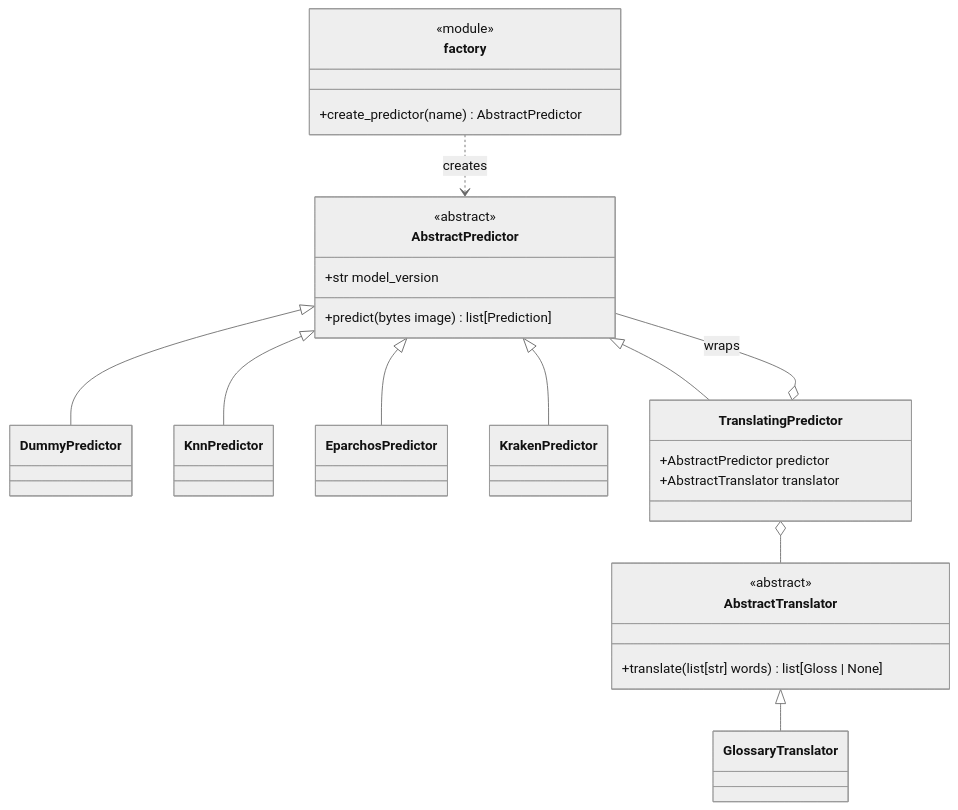
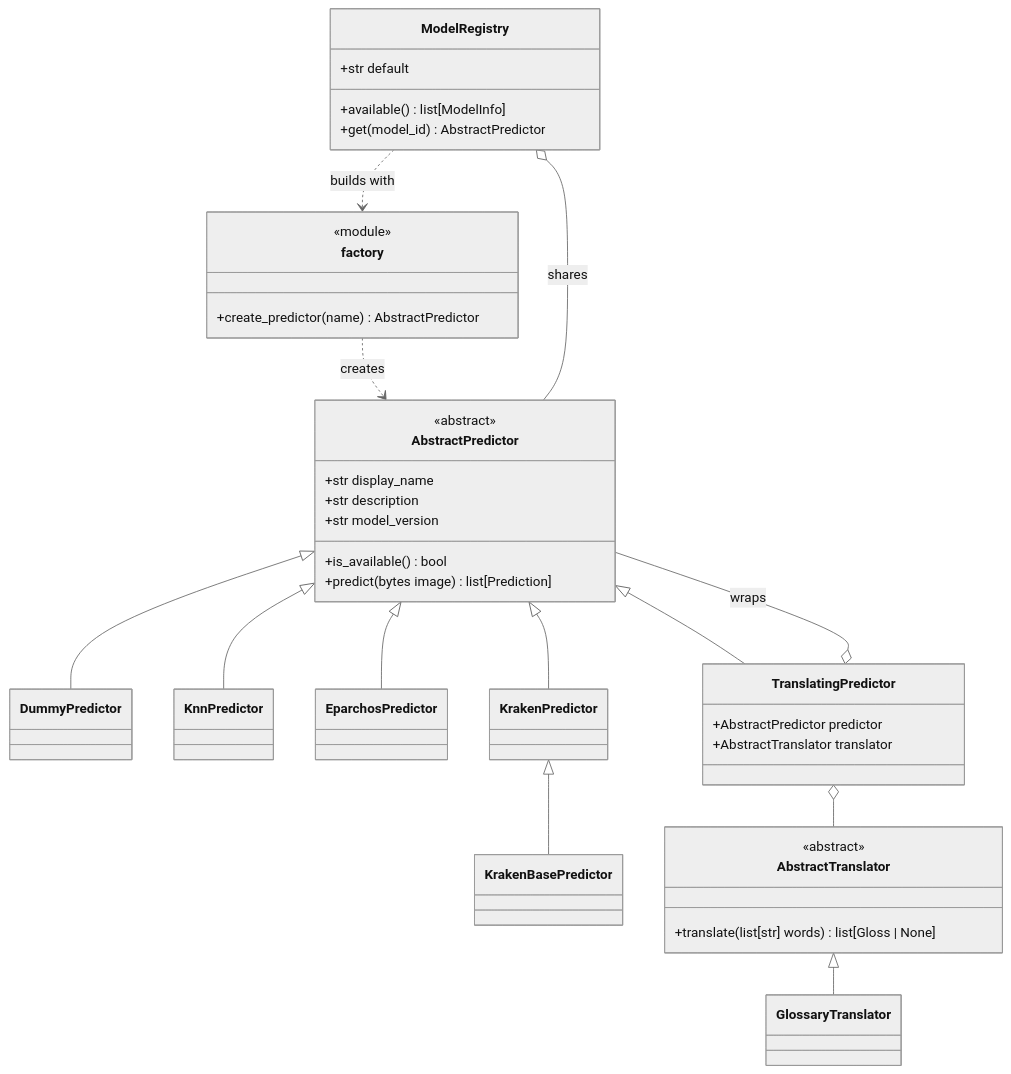
Before and after one commit to muhammadov-q/lexis: the diagram in docs/architecture/design-patterns.md, drawn with Mermaid (neutral theme). The commit also changed other lines of this file and 26 other files, not shown here.

````diff
--- a/docs/architecture/design-patterns.md
+++ b/docs/architecture/design-patterns.md
@@ -22,34 +23,46 @@
 ```mermaid
 classDiagram
     class AbstractPredictor {
         <<abstract>>
+        +str display_name
+        +str description
         +str model_version
+        +is_available() bool
         +predict(bytes image) list[Prediction]
     }
     class DummyPredictor
     class KnnPredictor
     class EparchosPredictor
     class KrakenPredictor
+    class KrakenBasePredictor
     class TranslatingPredictor {
         +AbstractPredictor predictor
         +AbstractTranslator translator
     }
     class AbstractTranslator {
         <<abstract>>
         +translate(list[str] words) list[Gloss | None]
     }
     class GlossaryTranslator
     class factory {
         <<module>>
         +create_predictor(name) AbstractPredictor
     }
     AbstractPredictor <|-- DummyPredictor
     AbstractPredictor <|-- KnnPredictor
     AbstractPredictor <|-- EparchosPredictor
     AbstractPredictor <|-- KrakenPredictor
+    KrakenPredictor <|-- KrakenBasePredictor
     AbstractPredictor <|-- TranslatingPredictor
     TranslatingPredictor o-- AbstractPredictor : wraps
     TranslatingPredictor o-- AbstractTranslator
     AbstractTranslator <|-- GlossaryTranslator
     factory ..> AbstractPredictor : creates
+    class ModelRegistry {
+        +str default
+        +available() list[ModelInfo]
+        +get(model_id) AbstractPredictor
+    }
+    ModelRegistry ..> factory : builds with
+    ModelRegistry o-- AbstractPredictor : shares
 ```
````
